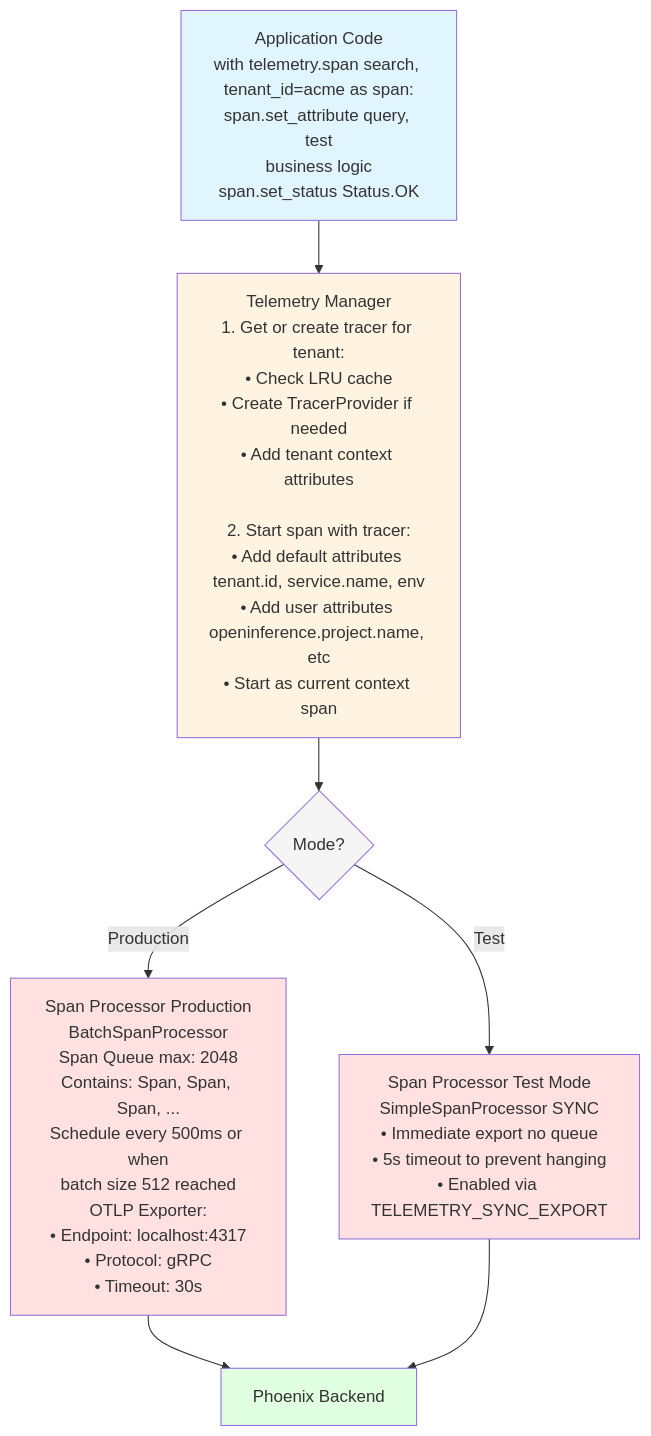
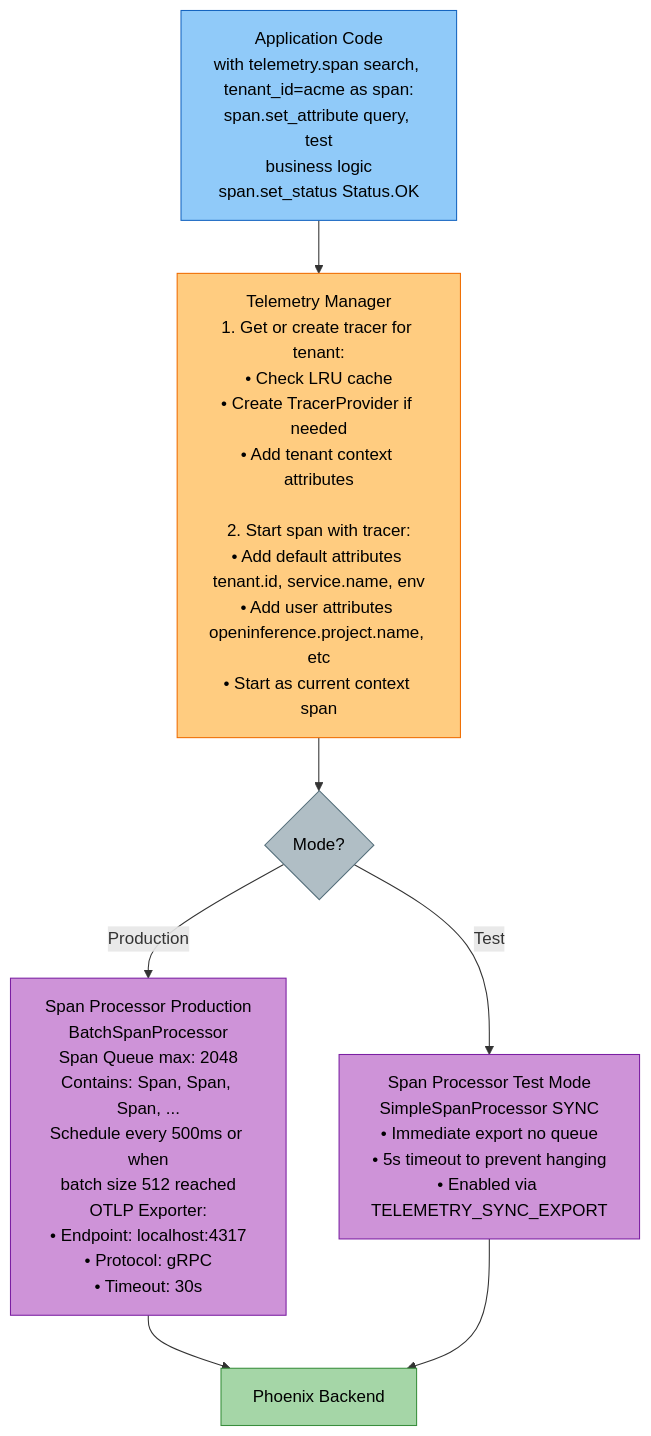
Before and after one commit to amit-jain/cogniverse: the second of 4 diagrams in docs/modules/telemetry.md, drawn with Mermaid. The commit also changed other lines of this file and 83 other files, not shown here.

First line of the commit message:
Fix documentation veracity, formatting, and diagrams across all modules

````diff
--- a/docs/modules/telemetry.md
+++ b/docs/modules/telemetry.md
@@ -199,22 +249,22 @@
 ```mermaid
-graph TB
-    AppCode[Application Code<br/>with telemetry.span search, tenant_id=acme as span:<br/>span.set_attribute query, test<br/>business logic<br/>span.set_status Status.OK]
+flowchart TB
+    AppCode["<span style='color:#000'>Application Code<br/>with telemetry.span search, tenant_id=acme as span:<br/>span.set_attribute query, test<br/>business logic<br/>span.set_status Status.OK</span>"]
 
-    AppCode --> TelManager[Telemetry Manager<br/>1. Get or create tracer for tenant:<br/>• Check LRU cache<br/>• Create TracerProvider if needed<br/>• Add tenant context attributes<br/><br/>2. Start span with tracer:<br/>• Add default attributes tenant.id, service.name, env<br/>• Add user attributes openinference.project.name, etc<br/>• Start as current context span]
+    AppCode --> TelManager["<span style='color:#000'>Telemetry Manager<br/>1. Get or create tracer for tenant:<br/>• Check LRU cache<br/>• Create TracerProvider if needed<br/>• Add tenant context attributes<br/><br/>2. Start span with tracer:<br/>• Add default attributes tenant.id, service.name, env<br/>• Add user attributes openinference.project.name, etc<br/>• Start as current context span</span>"]
 
-    TelManager --> ProdProcessor{Mode?}
+    TelManager --> ProdProcessor{"<span style='color:#000'>Mode?</span>"}
 
-    ProdProcessor -->|Production| BatchProc[Span Processor Production<br/>BatchSpanProcessor<br/>Span Queue max: 2048<br/>Contains: Span, Span, Span, ...<br/>Schedule every 500ms or when<br/>batch size 512 reached<br/>OTLP Exporter:<br/>• Endpoint: localhost:4317<br/>• Protocol: gRPC<br/>• Timeout: 30s]
+    ProdProcessor -->|Production| BatchProc["<span style='color:#000'>Span Processor Production<br/>BatchSpanProcessor<br/>Span Queue max: 2048<br/>Contains: Span, Span, Span, ...<br/>Schedule every 500ms or when<br/>batch size 512 reached<br/>OTLP Exporter:<br/>• Endpoint: localhost:4317<br/>• Protocol: gRPC<br/>• Timeout: 30s</span>"]
 
-    ProdProcessor -->|Test| SimpleProc[Span Processor Test Mode<br/>SimpleSpanProcessor SYNC<br/>• Immediate export no queue<br/>• 5s timeout to prevent hanging<br/>• Enabled via TELEMETRY_SYNC_EXPORT]
+    ProdProcessor -->|Test| SimpleProc["<span style='color:#000'>Span Processor Test Mode<br/>SimpleSpanProcessor SYNC<br/>• Immediate export no queue<br/>• 5s timeout to prevent hanging<br/>• Enabled via TELEMETRY_SYNC_EXPORT</span>"]
 
-    BatchProc --> Phoenix[Phoenix Backend]
+    BatchProc --> Phoenix["<span style='color:#000'>Phoenix Backend</span>"]
     SimpleProc --> Phoenix
 
-    style AppCode fill:#e1f5ff
-    style TelManager fill:#fff4e1
-    style ProdProcessor fill:#f5f5f5
-    style BatchProc fill:#ffe1e1
-    style SimpleProc fill:#ffe1e1
-    style Phoenix fill:#e1ffe1
+    style AppCode fill:#90caf9,stroke:#1565c0,color:#000
+    style TelManager fill:#ffcc80,stroke:#ef6c00,color:#000
+    style ProdProcessor fill:#b0bec5,stroke:#546e7a,color:#000
+    style BatchProc fill:#ce93d8,stroke:#7b1fa2,color:#000
+    style SimpleProc fill:#ce93d8,stroke:#7b1fa2,color:#000
+    style Phoenix fill:#a5d6a7,stroke:#388e3c,color:#000
 ```
````
